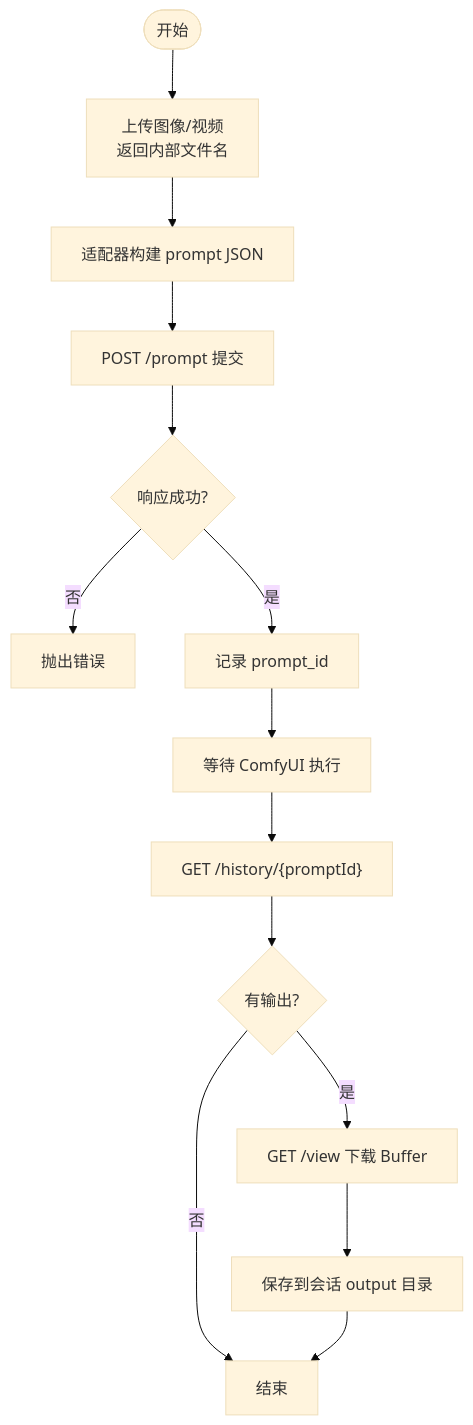
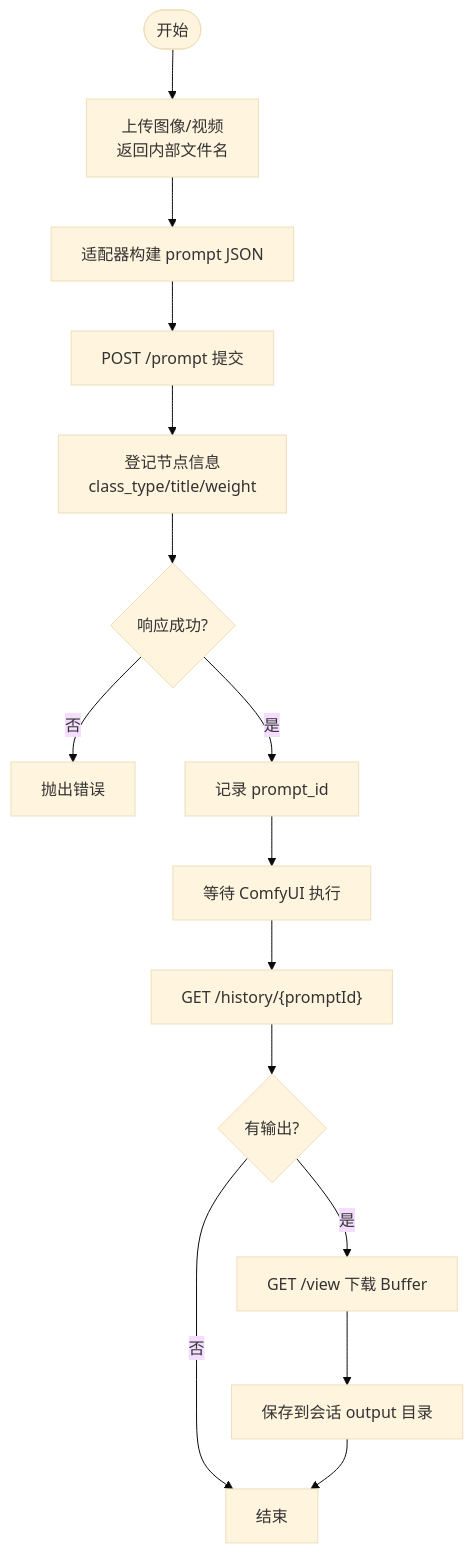
The third of 6 diagrams in .qoder/repowiki/zh/content/后端服务/ComfyUI 集成.md (billye220670/CorineKit_Pix2Real), drawn with Mermaid (base theme) before and after one commit. The commit also changed other lines of this file and 13 other files, not shown here.

````diff
--- a/.qoder/repowiki/zh/content/后端服务/ComfyUI 集成.md
+++ b/.qoder/repowiki/zh/content/后端服务/ComfyUI 集成.md
@@ -169,16 +189,17 @@
 ```mermaid
 flowchart TD
 Start(["开始"]) --> Upload["上传图像/视频<br/>返回内部文件名"]
 Upload --> BuildPrompt["适配器构建 prompt JSON"]
 BuildPrompt --> Submit["POST /prompt 提交"]
-Submit --> Resp{"响应成功?"}
+Submit --> RegisterNodes["登记节点信息<br/>class_type/title/weight"]
+RegisterNodes --> Resp{"响应成功?"}
 Resp --> |否| Err["抛出错误"]
 Resp --> |是| SaveId["记录 prompt_id"]
 SaveId --> Wait["等待 ComfyUI 执行"]
 Wait --> History["GET /history/{promptId}"]
 History --> HasOut{"有输出?"}
 HasOut --> |否| Done["结束"]
 HasOut --> |是| View["GET /view 下载 Buffer"]
 View --> Save["保存到会话 output 目录"]
 Save --> Done
 ```
````
